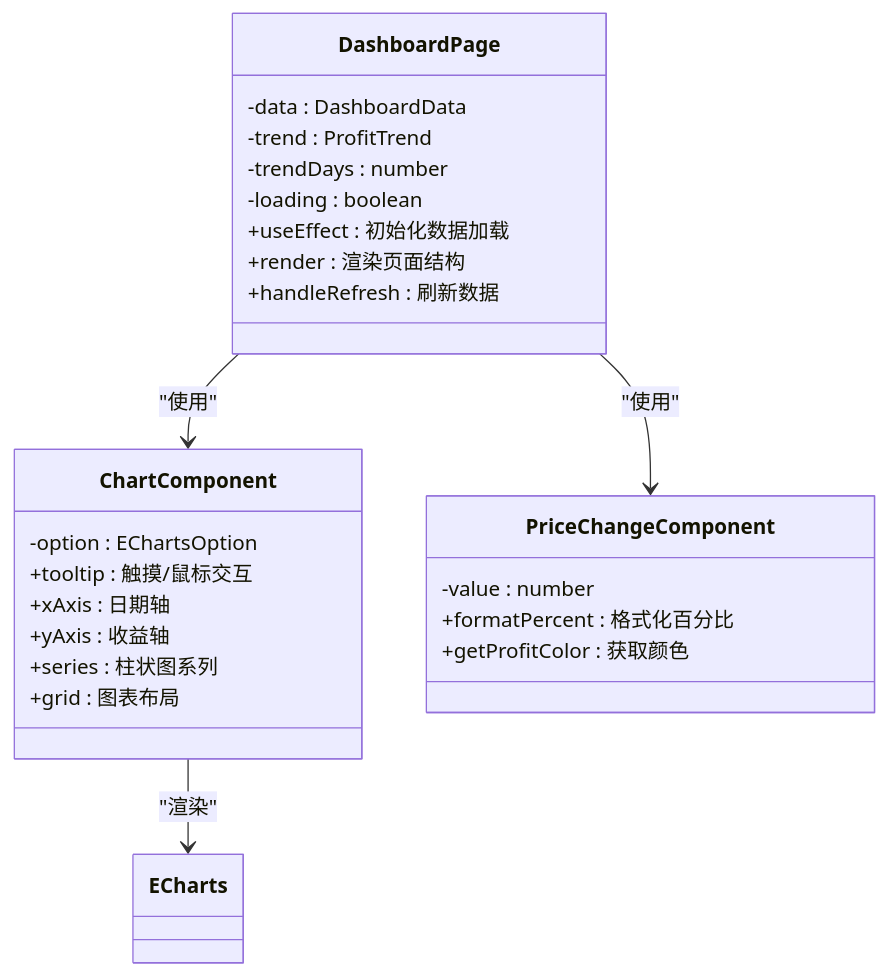
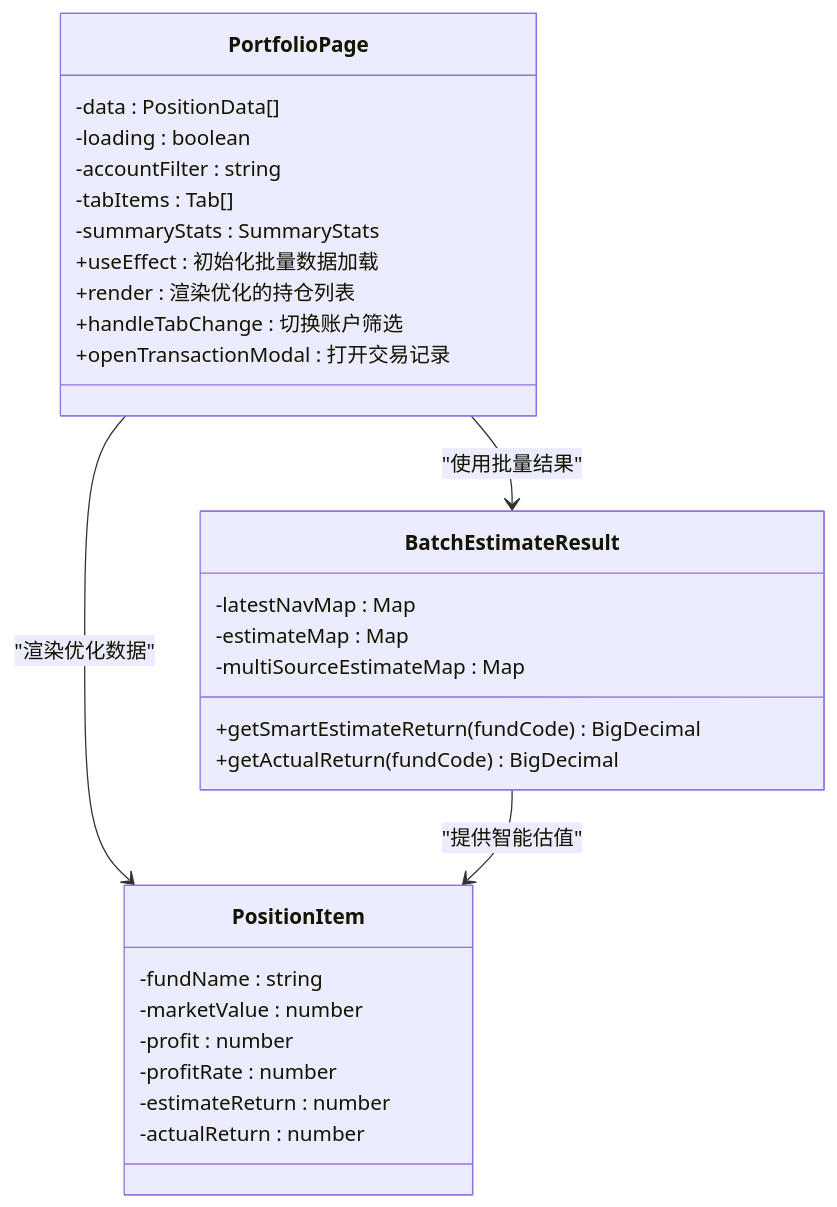
The eighth of 11 diagrams in .qoder/repowiki/zh/content/核心功能开发/实时市场数据可视化.md (gree-coder/fund-butler), drawn with Mermaid before and after one commit. The commit also changed other lines of this file and 23 other files, not shown here.

````diff
--- a/.qoder/repowiki/zh/content/核心功能开发/实时市场数据可视化.md
+++ b/.qoder/repowiki/zh/content/核心功能开发/实时市场数据可视化.md
@@ -298,28 +366,32 @@
 ```mermaid
 classDiagram
-class DashboardPage {
--data : DashboardData
--trend : ProfitTrend
--trendDays : number
+class PortfolioPage {
+-data : PositionData[]
 -loading : boolean
-+useEffect : 初始化数据加载
-+render : 渲染页面结构
-+handleRefresh : 刷新数据
+-accountFilter : string
+-tabItems : Tab[]
+-summaryStats : SummaryStats
++useEffect : 初始化批量数据加载
++render : 渲染优化的持仓列表
++handleTabChange : 切换账户筛选
++openTransactionModal : 打开交易记录
 }
-class ChartComponent {
--option : EChartsOption
-+tooltip : 触摸/鼠标交互
-+xAxis : 日期轴
-+yAxis : 收益轴
-+series : 柱状图系列
-+grid : 图表布局
+class BatchEstimateResult {
+-latestNavMap : Map
+-estimateMap : Map
+-multiSourceEstimateMap : Map
++getSmartEstimateReturn(fundCode) BigDecimal
++getActualReturn(fundCode) BigDecimal
 }
-class PriceChangeComponent {
--value : number
-+formatPercent : 格式化百分比
-+getProfitColor : 获取颜色
+class PositionItem {
+-fundName : string
+-marketValue : number
+-profit : number
+-profitRate : number
+-estimateReturn : number
+-actualReturn : number
 }
-DashboardPage --> ChartComponent : "使用"
-DashboardPage --> PriceChangeComponent : "使用"
-ChartComponent --> ECharts : "渲染"
+PortfolioPage --> BatchEstimateResult : "使用批量结果"
+PortfolioPage --> PositionItem : "渲染优化数据"
+BatchEstimateResult --> PositionItem : "提供智能估值"
 ```
````
